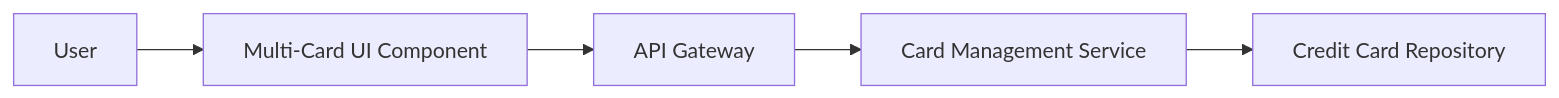
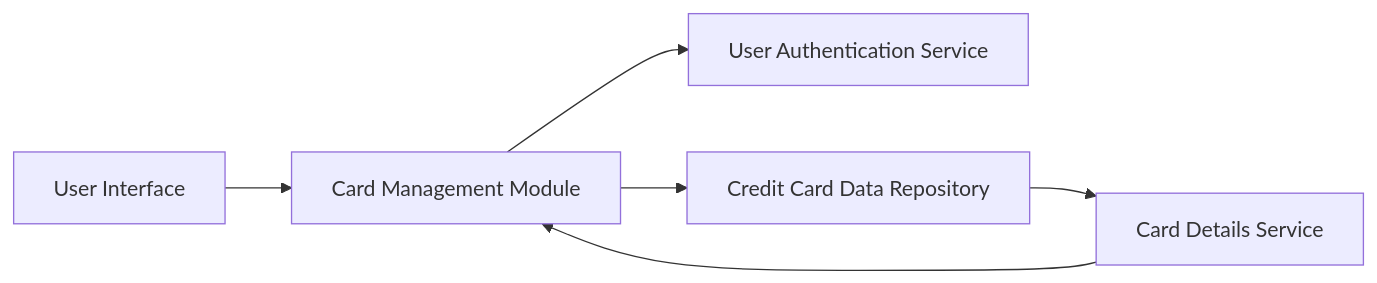
The diagram in HLD/QE-7732_HLD.md (AAVA-Demo/APB_Demo), drawn with Mermaid before and after one commit. The commit also changed other lines of this file and 5 other files, not shown here.

````diff
--- a/HLD/QE-7732_HLD.md
+++ b/HLD/QE-7732_HLD.md
@@ -7,12 +6,13 @@
 ```mermaid
 flowchart LR
-    A["User"]
-    B["Multi-Card UI Component"]
-    C["API Gateway"]
-    D["Card Management Service"]
-    E["Credit Card Repository"]
+    A["User Interface"]
+    B["Card Management Module"]
+    C["User Authentication Service"]
+    D["Credit Card Data Repository"]
+    E["Card Details Service"]
     A --> B
     B --> C
-    C --> D
+    B --> D
     D --> E
+    E --> B
 ```
````
